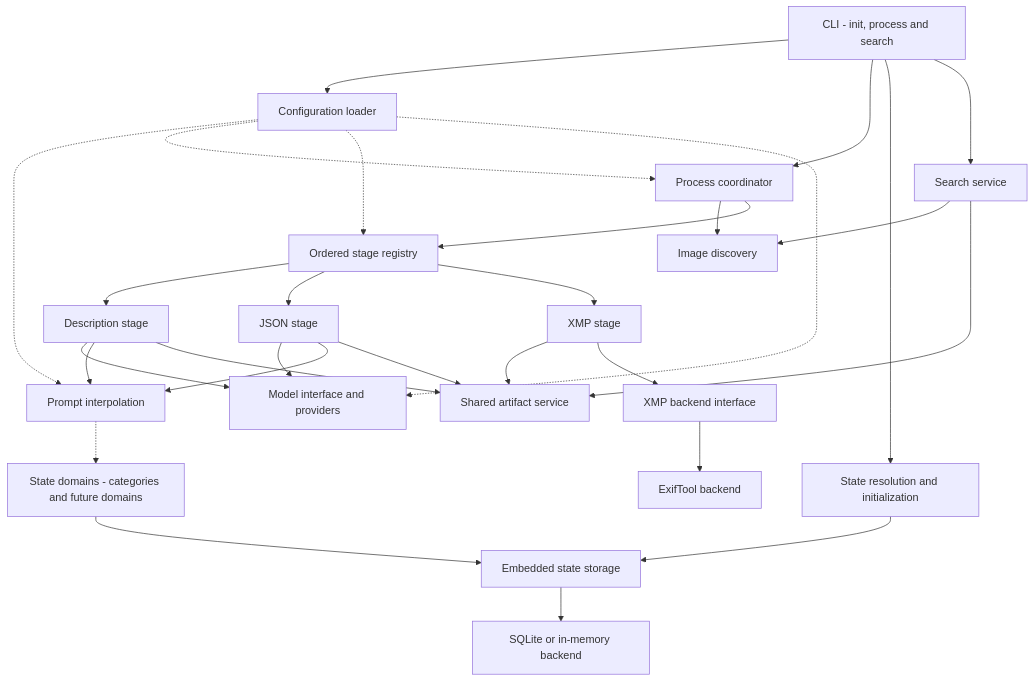
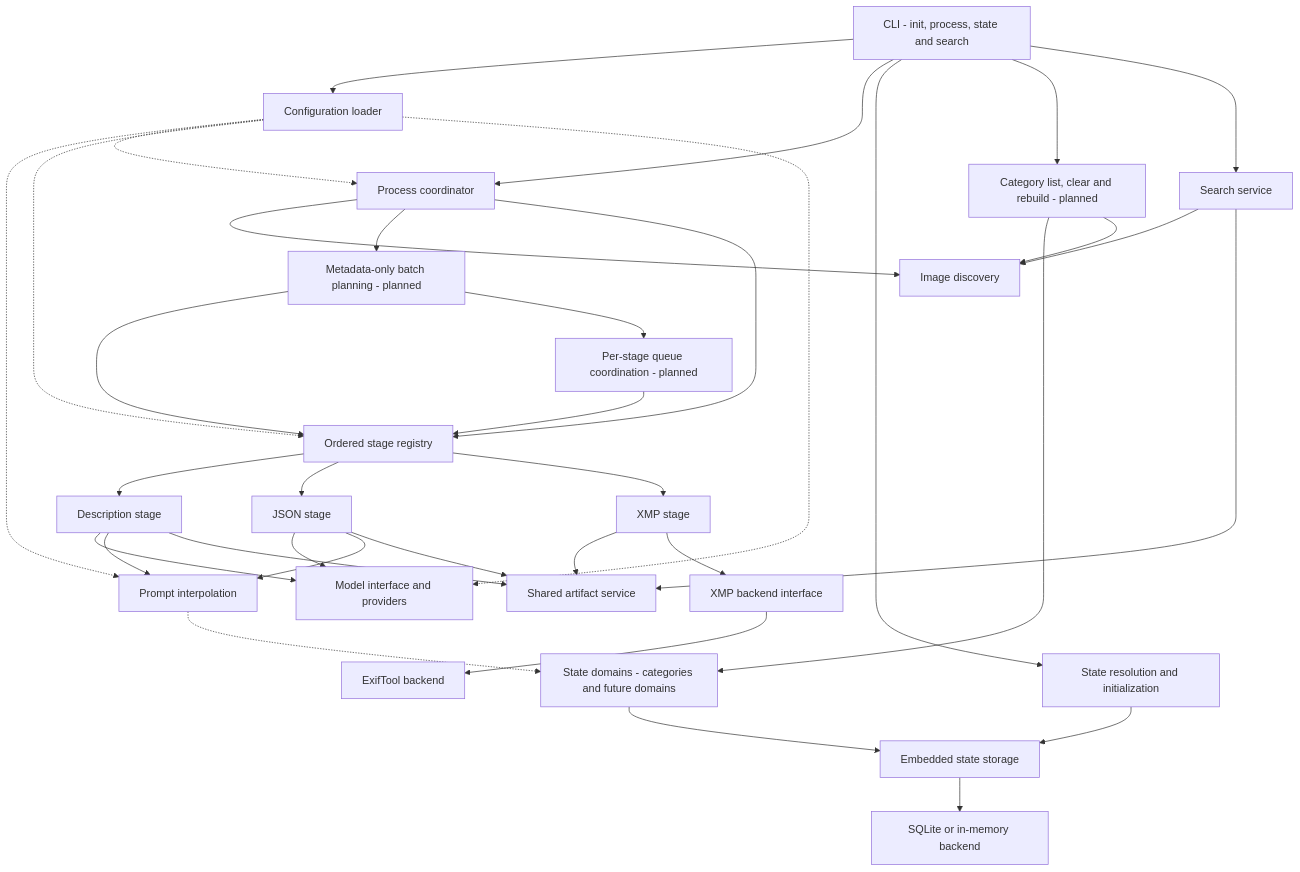
The first of 2 diagrams in docs/HLD-image-clarus.md (ServiceCraze/image-clarus), drawn with Mermaid before and after one commit. The commit also changed other lines of this file and 2 other files, not shown here.

First line of the commit message:
docs(clarus): update design docs with slice‑4 plan and batch‑planning changes

````diff
--- a/docs/HLD-image-clarus.md
+++ b/docs/HLD-image-clarus.md
@@ -33,31 +33,38 @@
 ```mermaid
 flowchart TB
-  CLI["CLI - init, process and search"] --> CFG["Configuration loader"]
+  CLI["CLI - init, process, state and search"] --> CFG["Configuration loader"]
   CLI --> COORD["Process coordinator"]
   CLI --> RESOLVE["State resolution and initialization"]
+  CLI --> CATOPS["Category list, clear and rebuild - planned"]
+  CATOPS --> DOMAINS
+  CATOPS --> DISC
   RESOLVE --> STORE["Embedded state storage"]
   STORE --> SQLITE["SQLite or in-memory backend"]
   DOMAINS["State domains - categories and future domains"] --> STORE
   CLI --> SEARCH["Search service"]
   COORD --> DISC["Image discovery"]
+  COORD --> PLAN["Metadata-only batch planning - planned"]
+  PLAN --> REG
+  PLAN --> QUEUES["Per-stage queue coordination - planned"]
+  QUEUES --> REG
   COORD --> REG["Ordered stage registry"]
   REG --> DESC["Description stage"]
   REG --> JSON["JSON stage"]
   REG --> XMP["XMP stage"]
   DESC --> MODELS["Model interface and providers"]
   JSON --> MODELS
   DESC --> PROMPT["Prompt interpolation"]
   JSON --> PROMPT
   CFG -.-> PROMPT
   PROMPT -.-> DOMAINS
   DESC --> ART["Shared artifact service"]
   JSON --> ART
   XMP --> ART
   XMP --> XBACK["XMP backend interface"]
   XBACK --> EXIF["ExifTool backend"]
   SEARCH --> DISC
   SEARCH --> ART
   CFG -.-> COORD
   CFG -.-> REG
   CFG -.-> MODELS
 ```
````
